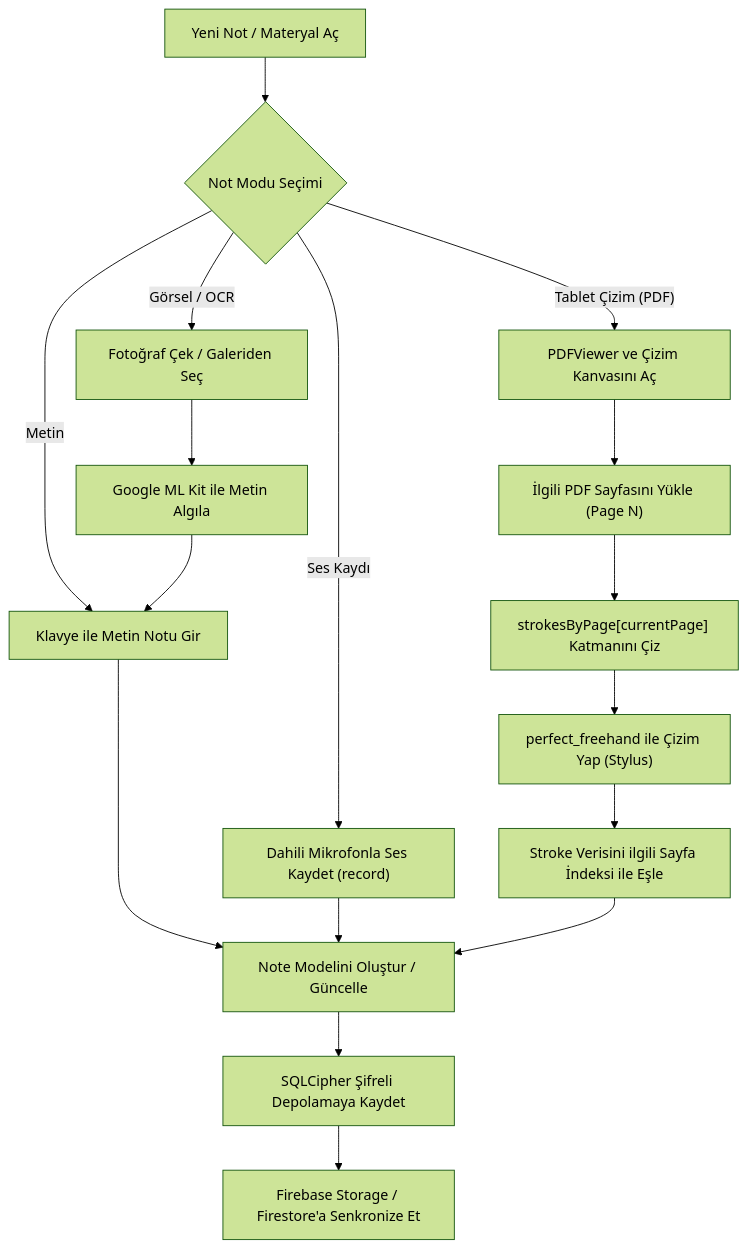
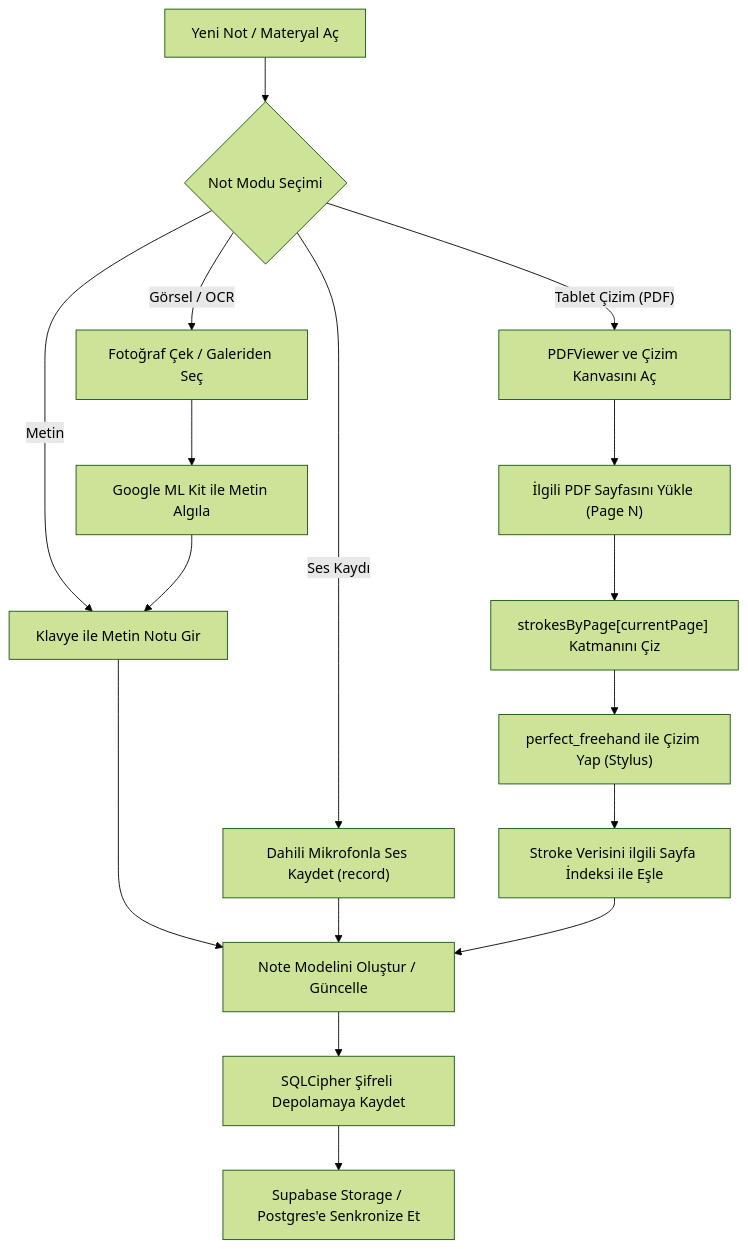
Before and after one commit to isikmehmetali6/lessontracker: the fifth of 6 diagrams in docs/SRS.md, drawn with Mermaid (forest theme). The commit also changed other lines of this file and 56 other files, not shown here.

````diff
--- a/docs/SRS.md
+++ b/docs/SRS.md
@@ -194,24 +194,24 @@
 ```mermaid
 flowchart TD
     CreateNote["Yeni Not / Materyal Aç"] --> SelectMode{"Not Modu Seçimi"}
     
     SelectMode -- "Metin" --> TextMode["Klavye ile Metin Notu Gir"]
     SelectMode -- "Ses Kaydı" --> RecordMode["Dahili Mikrofonla Ses Kaydet (record)"]
     SelectMode -- "Görsel / OCR" --> OCRMode["Fotoğraf Çek / Galeriden Seç"]
     SelectMode -- "Tablet Çizim (PDF)" --> DrawMode["PDFViewer ve Çizim Kanvasını Aç"]
     
     OCRMode --> MLKit["Google ML Kit ile Metin Algıla"]
     MLKit --> TextMode
     
     DrawMode --> LoadPage["İlgili PDF Sayfasını Yükle (Page N)"]
     LoadPage --> RenderCanvas["strokesByPage[currentPage] Katmanını Çiz"]
     RenderCanvas --> StylusInput["perfect_freehand ile Çizim Yap (Stylus)"]
     StylusInput --> SaveStrokes["Stroke Verisini ilgili Sayfa İndeksi ile Eşle"]
 
     TextMode --> SaveNote["Note Modelini Oluştur / Güncelle"]
     RecordMode --> SaveNote
     SaveStrokes --> SaveNote
     
     SaveNote --> SaveLocal["SQLCipher Şifreli Depolamaya Kaydet"]
-    SaveLocal --> CloudSync["Firebase Storage / Firestore'a Senkronize Et"]
+    SaveLocal --> CloudSync["Supabase Storage / Postgres'e Senkronize Et"]
 ```
````
